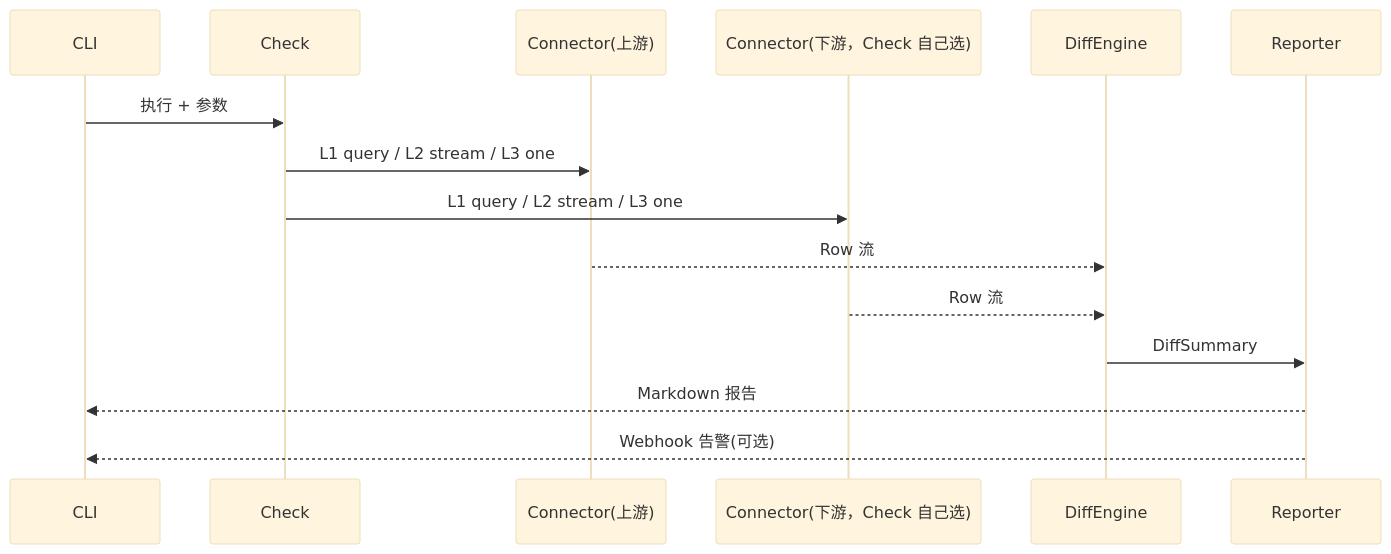
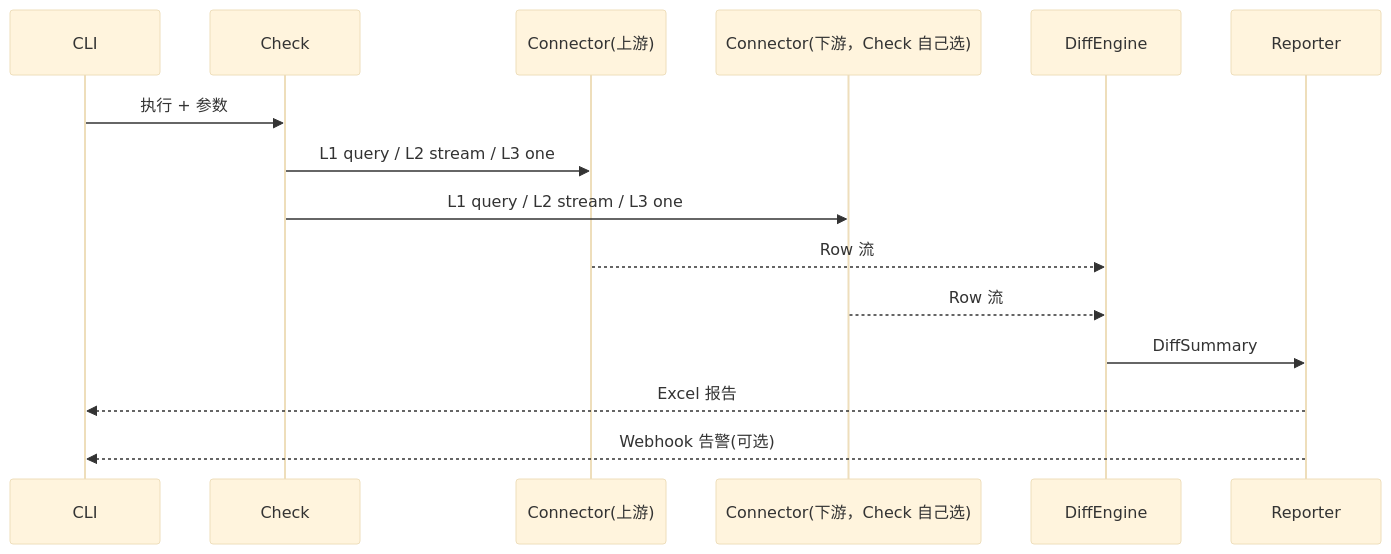
The second of 2 diagrams in README.md (langbiantianya/sync_diif), drawn with Mermaid (base theme) before and after one commit. The commit also changed other lines of this file and 13 other files, not shown here.

````diff
--- a/README.md
+++ b/README.md
@@ -687,18 +687,18 @@
 ```mermaid
 sequenceDiagram
     participant CLI
     participant Check
     participant Src as Connector(上游)
     participant Tgt as Connector(下游，Check 自己选)
     participant Engine as DiffEngine
     participant Reporter
 
     CLI->>Check: 执行 + 参数
     Check->>Src: L1 query / L2 stream / L3 one
     Check->>Tgt: L1 query / L2 stream / L3 one
     Src-->>Engine: Row 流
     Tgt-->>Engine: Row 流
     Engine->>Reporter: DiffSummary
-    Reporter-->>CLI: Markdown 报告
+    Reporter-->>CLI: Excel 报告
     Reporter-->>CLI: Webhook 告警(可选)
 ```
````
